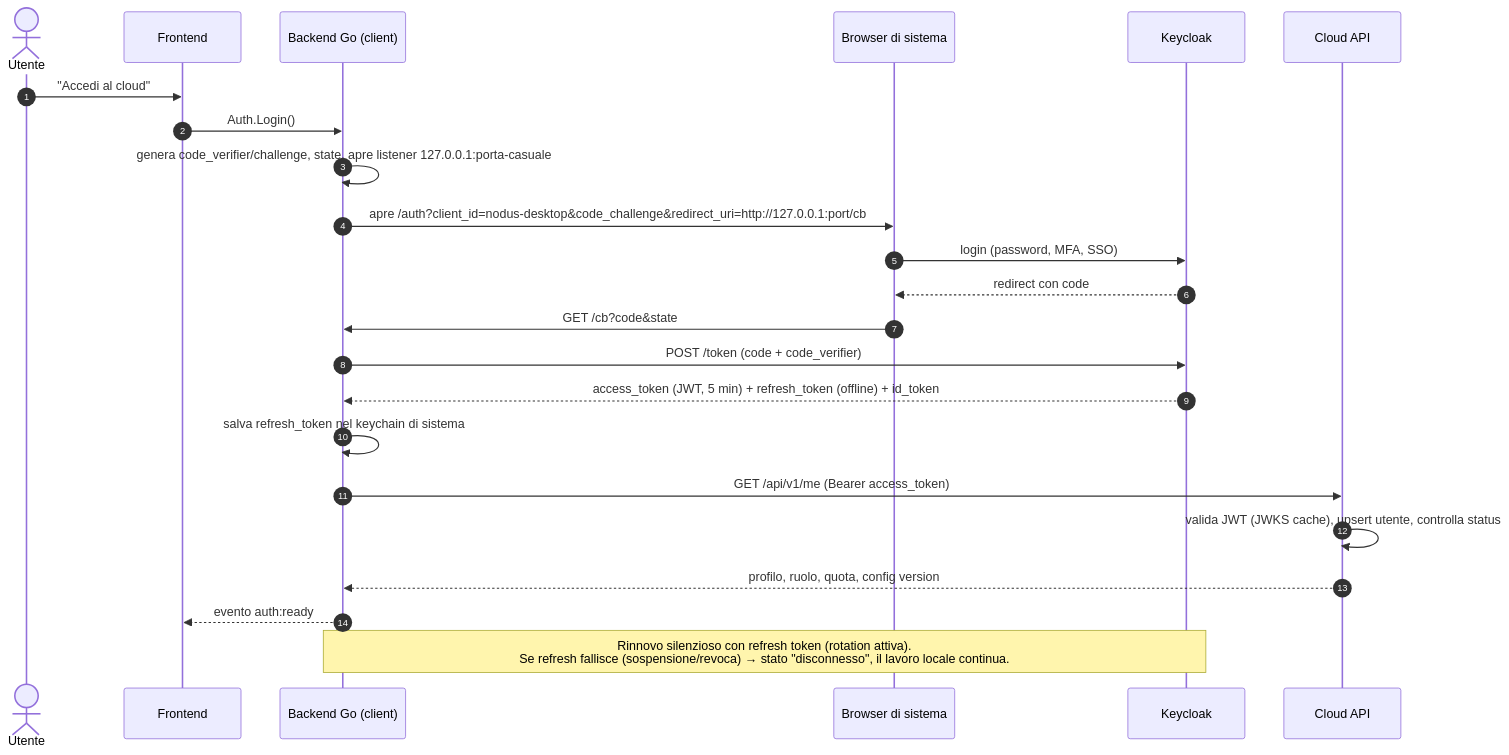
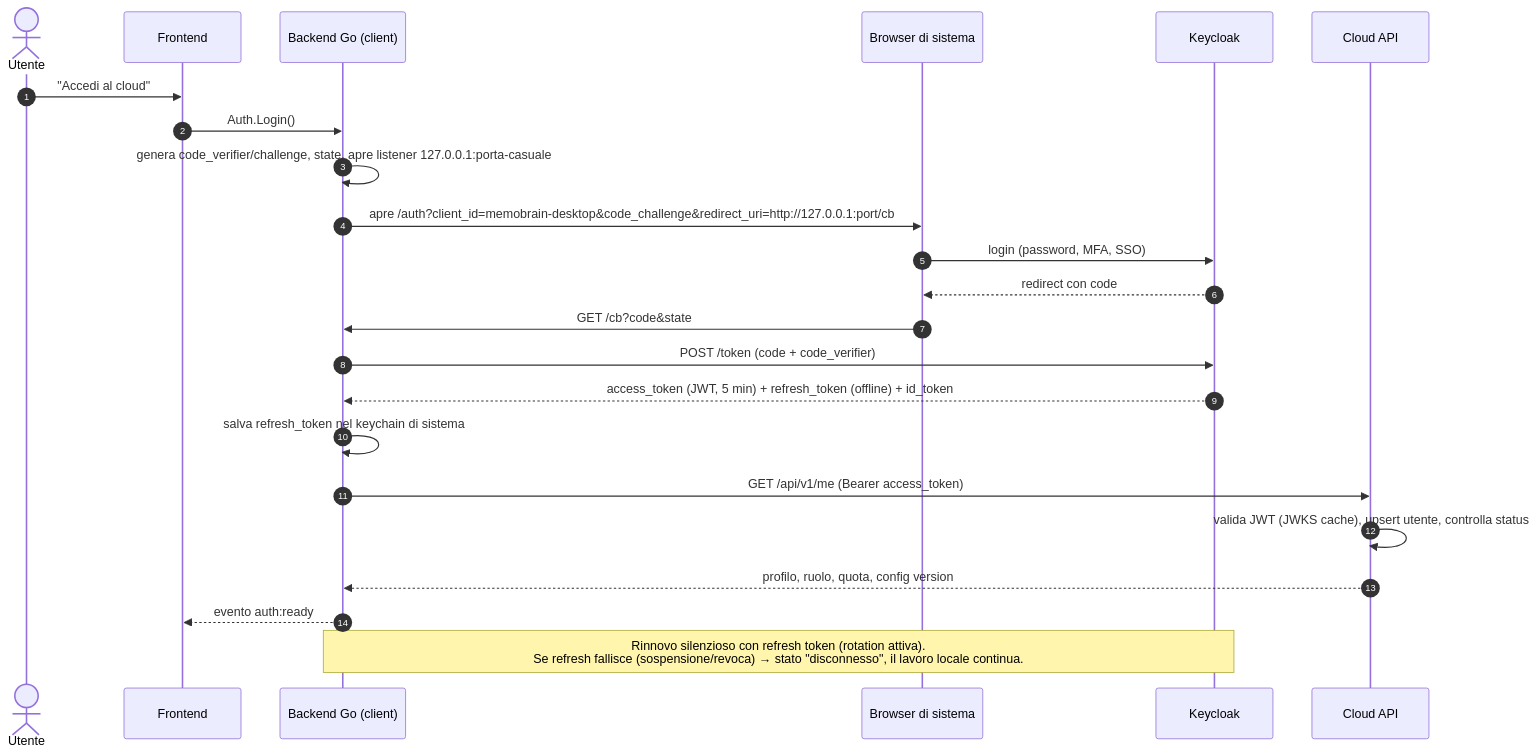
One commit to E2BRAdvisory/Clarae changed the second of 5 diagrams in Specifications.md. Above: the diagram before and after it, drawn with Mermaid. The commit also changed other lines of this file and 51 other files, not shown here.

````diff
--- a/Specifications.md
+++ b/Specifications.md
@@ -151,26 +151,26 @@
 ```mermaid
 sequenceDiagram
   autonumber
   actor U as Utente
   participant FE as Frontend
   participant BE as Backend Go (client)
   participant BR as Browser di sistema
   participant KC as Keycloak
   participant API as Cloud API
 
   U->>FE: "Accedi al cloud"
   FE->>BE: Auth.Login()
   BE->>BE: genera code_verifier/challenge, state, apre listener 127.0.0.1:porta-casuale
-  BE->>BR: apre /auth?client_id=nodus-desktop&code_challenge&redirect_uri=http://127.0.0.1:port/cb
+  BE->>BR: apre /auth?client_id=memobrain-desktop&code_challenge&redirect_uri=http://127.0.0.1:port/cb
   BR->>KC: login (password, MFA, SSO)
   KC-->>BR: redirect con code
   BR->>BE: GET /cb?code&state
   BE->>KC: POST /token (code + code_verifier)
   KC-->>BE: access_token (JWT, 5 min) + refresh_token (offline) + id_token
   BE->>BE: salva refresh_token nel keychain di sistema
   BE->>API: GET /api/v1/me (Bearer access_token)
   API->>API: valida JWT (JWKS cache), upsert utente, controlla status
   API-->>BE: profilo, ruolo, quota, config version
   BE-->>FE: evento auth:ready
   Note over BE,KC: Rinnovo silenzioso con refresh token (rotation attiva).<br/>Se refresh fallisce (sospensione/revoca) → stato "disconnesso", il lavoro locale continua.
 ```
````
